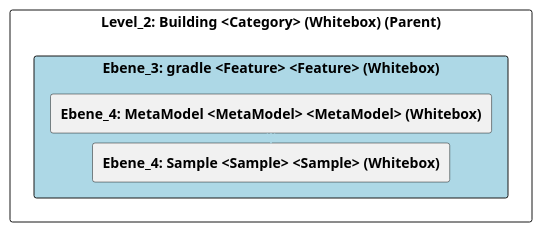
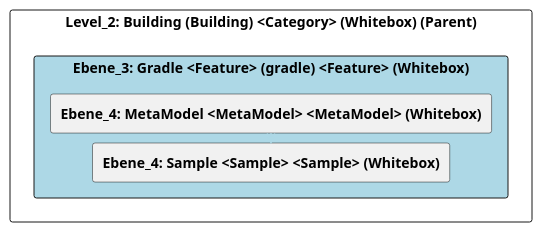
The diagram in doc/cleonproject_deliverables_architecture_model_architecture/adoc/de/05_bausteinsicht/cleon/building/gradle/ebene_3_gradle.adoc (marcozwyssig/cleon), drawn with PlantUML before and after one commit. The commit also changed other lines of this file and 166 other files, not shown here.

```diff
--- a/doc/cleonproject_deliverables_architecture_model_architecture/adoc/de/05_bausteinsicht/cleon/building/gradle/ebene_3_gradle.adoc
+++ b/doc/cleonproject_deliverables_architecture_model_architecture/adoc/de/05_bausteinsicht/cleon/building/gradle/ebene_3_gradle.adoc
@@ -20,28 +20,28 @@
-[plantuml, Ebene_3: gradle <Feature> <Feature> (Whitebox)BlockOverview, format="svg"]
+[plantuml, Ebene_3: Gradle <Feature> (gradle) <Feature> (Whitebox)BlockOverview, format="svg"]
 ----
-@startuml Ebene_3: gradle <Feature> <Feature> (Whitebox)BuildingBlockOverview
+@startuml Ebene_3: Gradle <Feature> (gradle) <Feature> (Whitebox)BuildingBlockOverview
 
 skinparam ranksep 10
 skinparam componentStyle rectangle
 skinparam shadowing false
 skinparam arrowColor lightblue
 skinparam arrowThickness 1.2
 skinparam rectangle {
   BackgroundColor White
   BorderColor #333
   RoundCorner 10
 }
 top to bottom direction
 
-component "Level_2: Building <Category> (Whitebox) (Parent)" {
-    component "Ebene_3: gradle <Feature> <Feature> (Whitebox)" #lightblue {
+component "Level_2: Building (Building) <Category> (Whitebox) (Parent)" {
+    component "Ebene_3: Gradle <Feature> (gradle) <Feature> (Whitebox)" #lightblue {
         [**Ebene_4: MetaModel <MetaModel> <MetaModel> (Whitebox)**] as 4A57056F_D579_11EE_903E_9F564E4DE07E
         [**Ebene_4: Sample <Sample> <Sample> (Whitebox)**] as 4A57056C_D579_11EE_903E_9F564E4DE07E
     }
 
     4A57056F_D579_11EE_903E_9F564E4DE07E -down-> 4A57056C_D579_11EE_903E_9F564E4DE07E
     
 }
 
 @enduml
 ----
```
